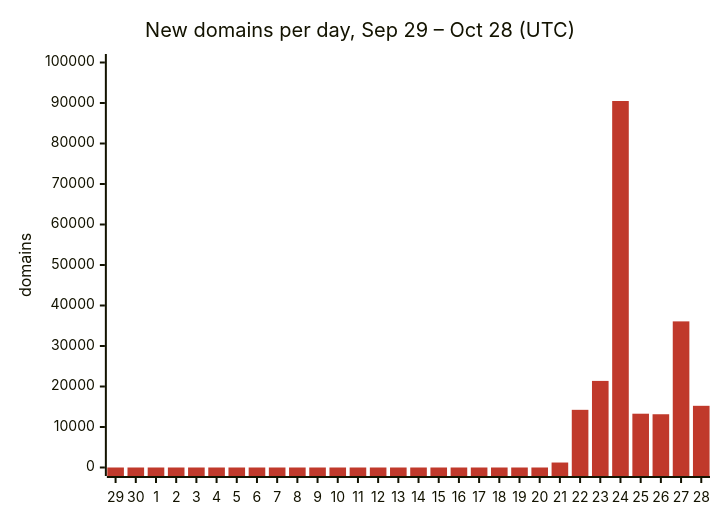
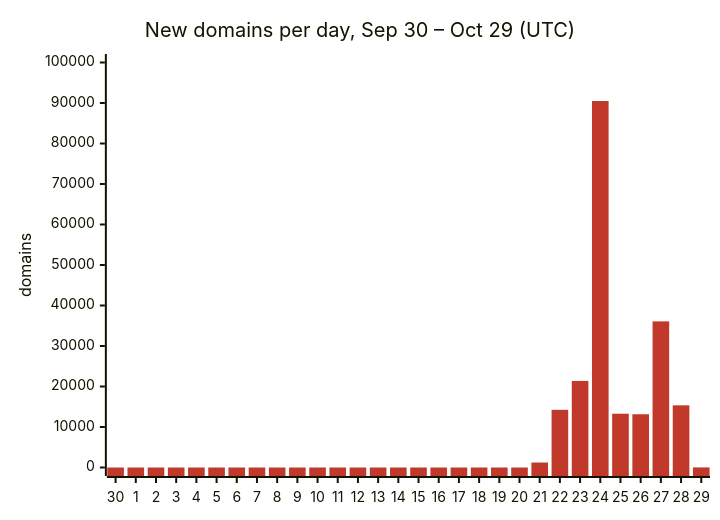
The first of 3 diagrams in README.md (DNSBunker/CTI), drawn with Mermaid before and after one commit. The commit also changed other lines of this file and 3 other files, not shown here.

First line of the commit message:
Update 2026-10-29 00:03 UTC: 371045 domains

````diff
--- a/README.md
+++ b/README.md
@@ -29,8 +29,8 @@
 ```mermaid
 %%{init: {"themeVariables": {"xyChart": {"plotColorPalette": "#c0392b"}}}}%%
 xychart-beta
-    title "New domains per day, Sep 29 – Oct 28 (UTC)"
-    x-axis ["29", "30", "1", "2", "3", "4", "5", "6", "7", "8", "9", "10", "11", "12", "13", "14", "15", "16", "17", "18", "19", "20", "21", "22", "23", "24", "25", "26", "27", "28"]
+    title "New domains per day, Sep 30 – Oct 29 (UTC)"
+    x-axis ["30", "1", "2", "3", "4", "5", "6", "7", "8", "9", "10", "11", "12", "13", "14", "15", "16", "17", "18", "19", "20", "21", "22", "23", "24", "25", "26", "27", "28", "29"]
     y-axis "domains" 0 --> 100000
-    bar [0, 0, 0, 0, 0, 0, 0, 0, 0, 0, 0, 0, 0, 0, 0, 0, 0, 0, 0, 0, 0, 0, 1227, 14240, 21381, 90492, 13281, 13149, 36078, 15232]
+    bar [0, 0, 0, 0, 0, 0, 0, 0, 0, 0, 0, 0, 0, 0, 0, 0, 0, 0, 0, 0, 0, 1227, 14240, 21381, 90492, 13281, 13149, 36078, 15350, 22]
 ```
````
